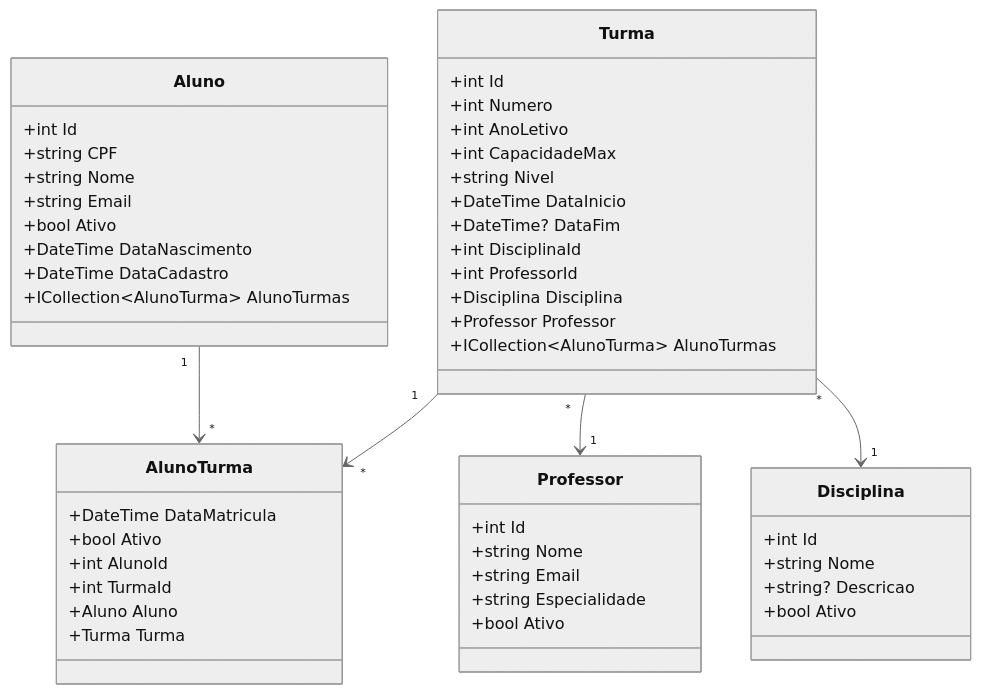
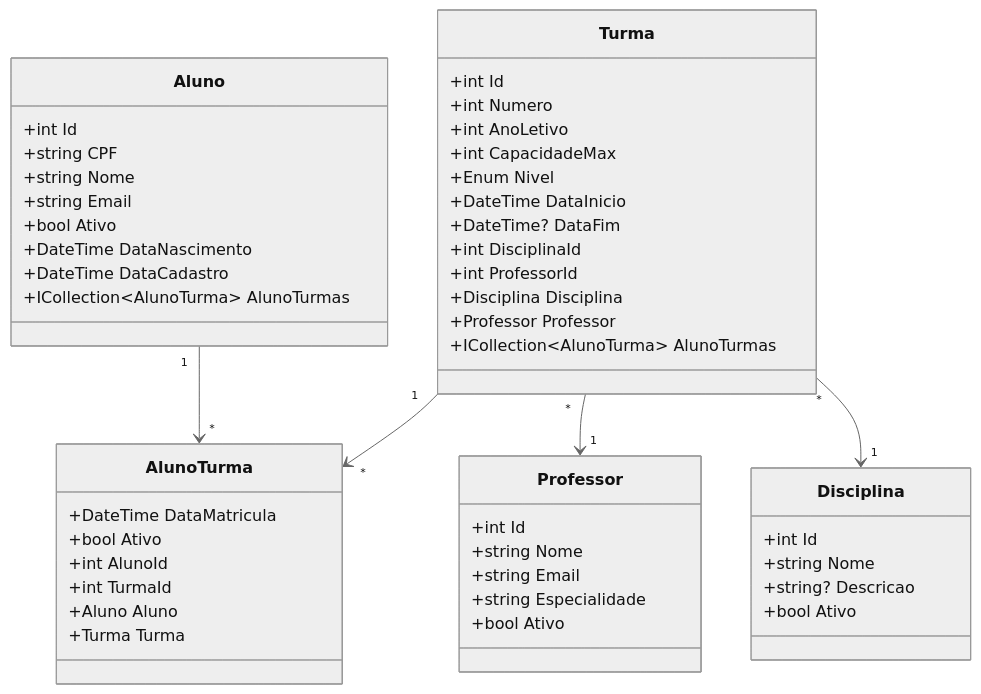
Before and after one commit to carlosfelipesantos/SpeakCore: the diagram in README.md, drawn with Mermaid (neutral theme).

````diff
--- a/README.md
+++ b/README.md
@@ -38,57 +38,57 @@
 ```mermaid
 classDiagram
     class Aluno {
         +int Id
         +string CPF
         +string Nome
         +string Email
         +bool Ativo
         +DateTime DataNascimento
         +DateTime DataCadastro
         +ICollection~AlunoTurma~ AlunoTurmas
     }
 
     class Turma {
         +int Id
         +int Numero
         +int AnoLetivo
         +int CapacidadeMax
-        +string Nivel
+        +Enum Nivel
         +DateTime DataInicio
         +DateTime? DataFim
         +int DisciplinaId
         +int ProfessorId
         +Disciplina Disciplina
         +Professor Professor
         +ICollection~AlunoTurma~ AlunoTurmas
     }
 
     class Professor {
         +int Id
         +string Nome
         +string Email
         +string Especialidade
         +bool Ativo
     }
 
     class Disciplina {
         +int Id
         +string Nome
         +string? Descricao
         +bool Ativo
     }
 
     class AlunoTurma {
         +DateTime DataMatricula
         +bool Ativo
         +int AlunoId
         +int TurmaId
         +Aluno Aluno
         +Turma Turma
     }
 
     Aluno "1" --> "*" AlunoTurma
     Turma "1" --> "*" AlunoTurma
     Turma "*" --> "1" Professor
     Turma "*" --> "1" Disciplina
 ```
````
